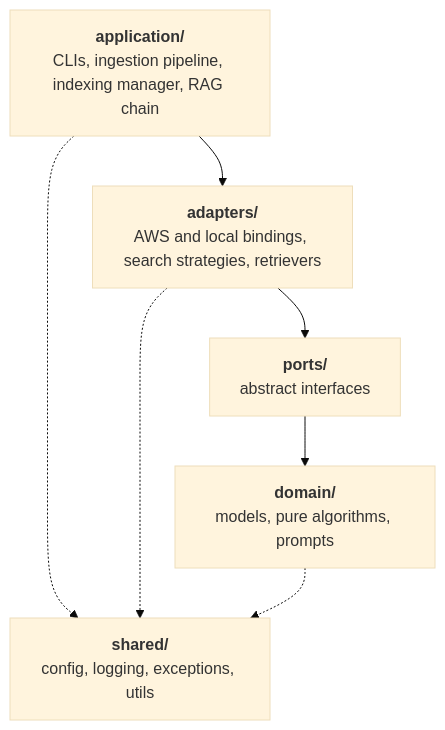
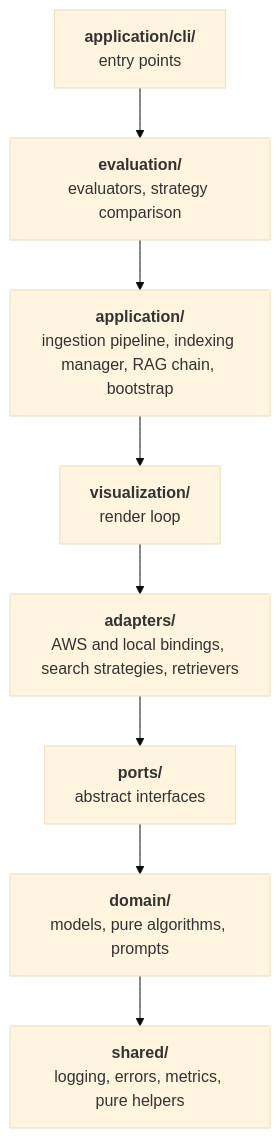
One commit to awslabs/unified-kg-rag-on-aws changed the diagram in docs/design.ko.md. Above: the diagram before and after it, drawn with Mermaid (base theme). The commit also changed other lines of this file and 150 other files, not shown here.

````diff
--- a/docs/design.ko.md
+++ b/docs/design.ko.md
@@ -65,12 +75,12 @@
 ```mermaid
 flowchart TB
-    application["<b>application/</b><br/>CLIs, ingestion pipeline, indexing manager, RAG chain"]
+    cli["<b>application/cli/</b><br/>entry points"]
+    evaluation["<b>evaluation/</b><br/>evaluators, strategy comparison"]
+    application["<b>application/</b><br/>ingestion pipeline, indexing manager, RAG chain, bootstrap"]
+    visualization["<b>visualization/</b><br/>render loop"]
     adapters["<b>adapters/</b><br/>AWS and local bindings, search strategies, retrievers"]
     ports["<b>ports/</b><br/>abstract interfaces"]
     domain["<b>domain/</b><br/>models, pure algorithms, prompts"]
-    shared["<b>shared/</b><br/>config, logging, exceptions, utils"]
-    application --> adapters --> ports --> domain
-    application -.-> shared
-    adapters -.-> shared
-    domain -.-> shared
+    shared["<b>shared/</b><br/>logging, errors, metrics, pure helpers"]
+    cli --> evaluation --> application --> visualization --> adapters --> ports --> domain --> shared
 ```
````
